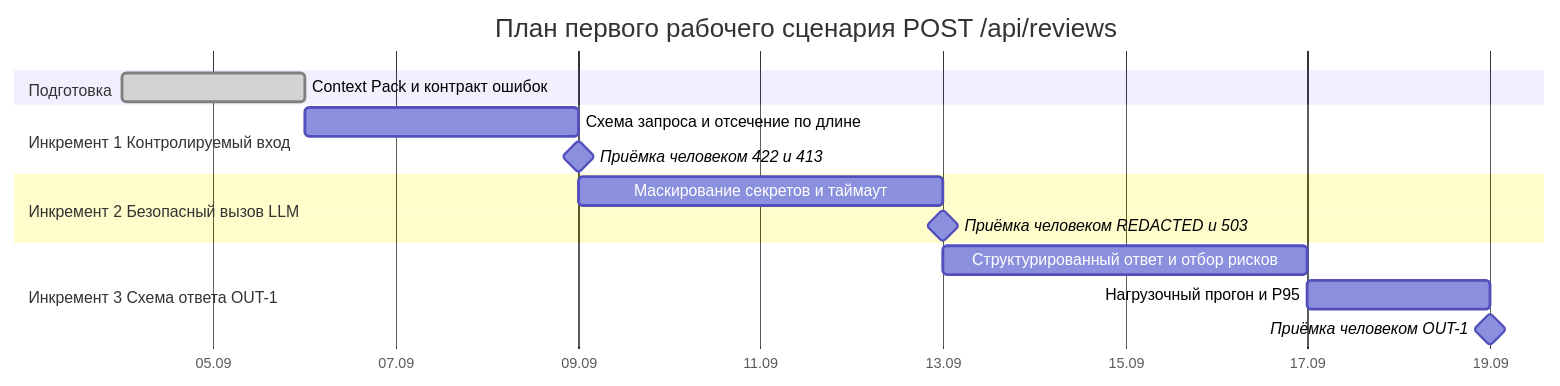
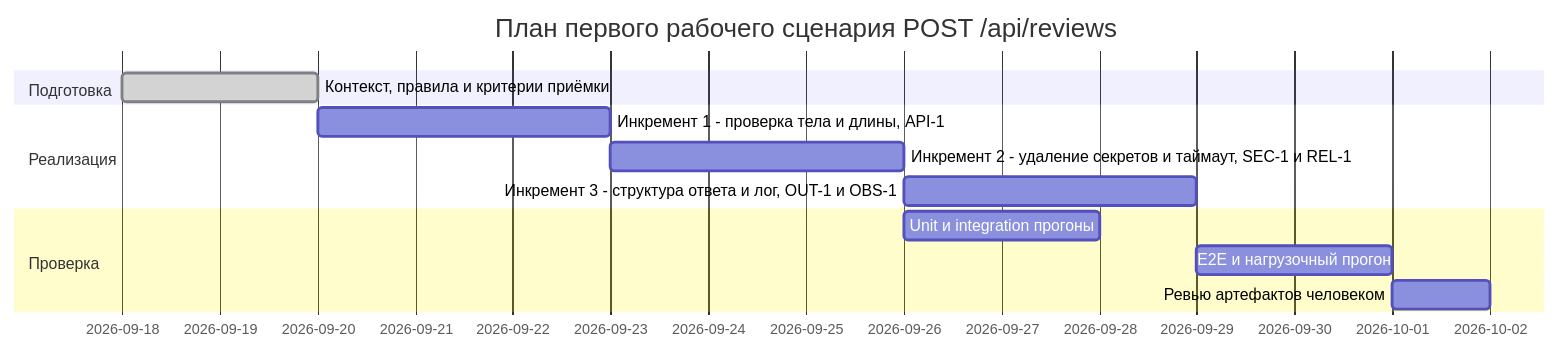
The diagram in practices/practice_01/project_management.md (kulakva20062/ITMOv2), drawn with Mermaid before and after one commit. The commit also changed other lines of this file and 19 other files, not shown here.

````diff
--- a/practices/practice_01/project_management.md
+++ b/practices/practice_01/project_management.md
@@ -15,18 +17,15 @@
 ```mermaid
 gantt
     title План первого рабочего сценария POST /api/reviews
-    dateFormat YYYY-MM-DD
-    axisFormat %d.%m
+    dateFormat  YYYY-MM-DD
     section Подготовка
-    Context Pack и контракт ошибок :done, prep, 2026-09-04, 2d
-    section Инкремент 1 Контролируемый вход
-    Схема запроса и отсечение по длине :inc1, after prep, 3d
-    Приёмка человеком 422 и 413 :milestone, m1, after inc1, 0d
-    section Инкремент 2 Безопасный вызов LLM
-    Маскирование секретов и таймаут :inc2, after inc1, 4d
-    Приёмка человеком REDACTED и 503 :milestone, m2, after inc2, 0d
-    section Инкремент 3 Схема ответа OUT-1
-    Структурированный ответ и отбор рисков :inc3, after inc2, 4d
-    Нагрузочный прогон и P95 :load, after inc3, 2d
-    Приёмка человеком OUT-1 :milestone, m3, after load, 0d
+    Контекст, правила и критерии приёмки :done, a1, 2026-09-18, 2d
+    section Реализация
+    Инкремент 1 - проверка тела и длины, API-1 :a2, after a1, 3d
+    Инкремент 2 - удаление секретов и таймаут, SEC-1 и REL-1 :a3, after a2, 3d
+    Инкремент 3 - структура ответа и лог, OUT-1 и OBS-1 :a4, after a3, 3d
+    section Проверка
+    Unit и integration прогоны :a5, after a3, 2d
+    E2E и нагрузочный прогон :a6, after a4, 2d
+    Ревью артефактов человеком :a7, after a6, 1d
 ```
````
